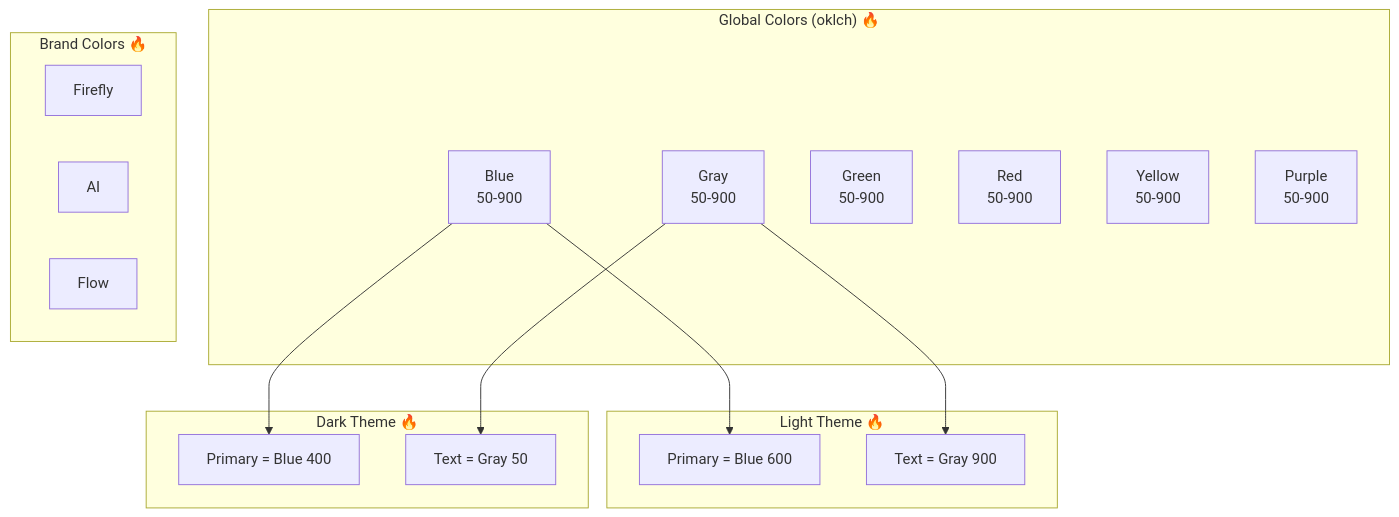
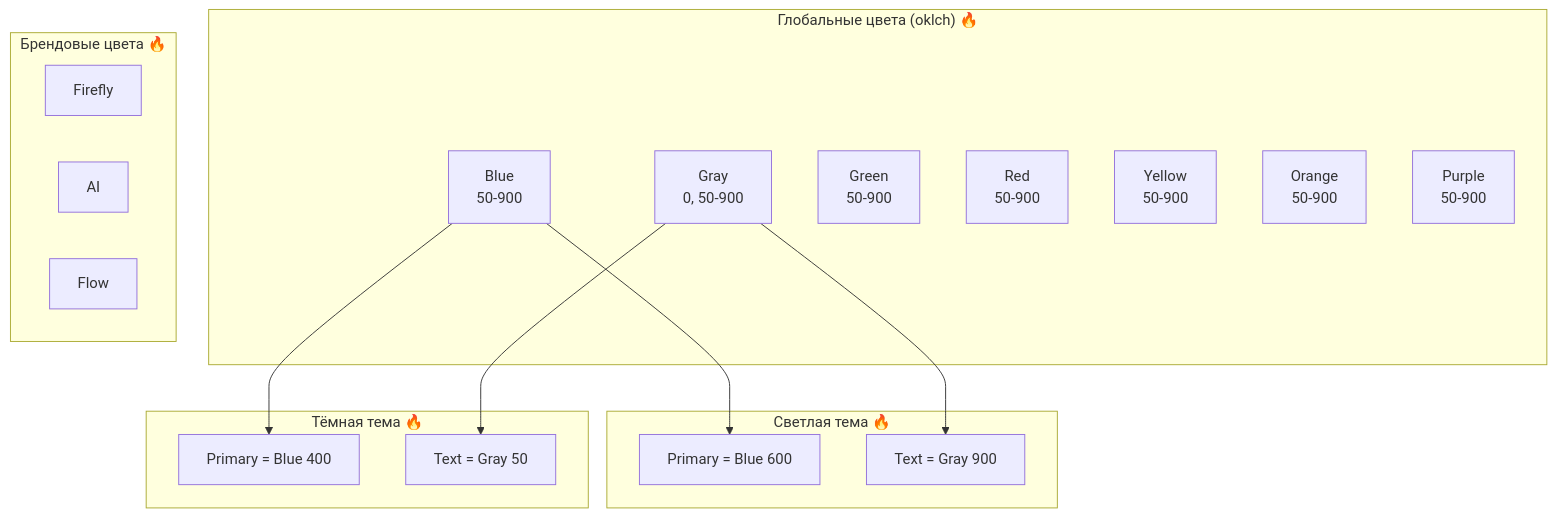
The third of 4 diagrams in packages/foundations/README.ru.md (Kotrecon/faf-design-system), drawn with Mermaid before and after one commit. The commit also changed other lines of this file and 42 other files, not shown here.

````diff
--- a/packages/foundations/README.ru.md
+++ b/packages/foundations/README.ru.md
@@ -128,32 +152,33 @@
 ```mermaid
 flowchart TD
-    subgraph "Global Colors (oklch) 🔥"
+    subgraph "Глобальные цвета (oklch) 🔥"
         BLUE[Blue<br/>50-900]
-        GRAY[Gray<br/>50-900]
+        GRAY[Gray<br/>0, 50-900]
         GREEN[Green<br/>50-900]
         RED[Red<br/>50-900]
         YELLOW[Yellow<br/>50-900]
+        ORANGE[Orange<br/>50-900]
         PURPLE[Purple<br/>50-900]
     end
 
-    subgraph "Brand Colors 🔥"
+    subgraph "Брендовые цвета 🔥"
         FIREFLY[Firefly]
         AI[AI]
         FLOW[Flow]
     end
 
-    subgraph "Light Theme 🔥"
+    subgraph "Светлая тема 🔥"
         L_PRI[Primary = Blue 600]
         L_TEXT[Text = Gray 900]
     end
 
-    subgraph "Dark Theme 🔥"
+    subgraph "Тёмная тема 🔥"
         D_PRI[Primary = Blue 400]
         D_TEXT[Text = Gray 50]
     end
 
     BLUE --> L_PRI
     BLUE --> D_PRI
     GRAY --> L_TEXT
     GRAY --> D_TEXT
 ```
````
